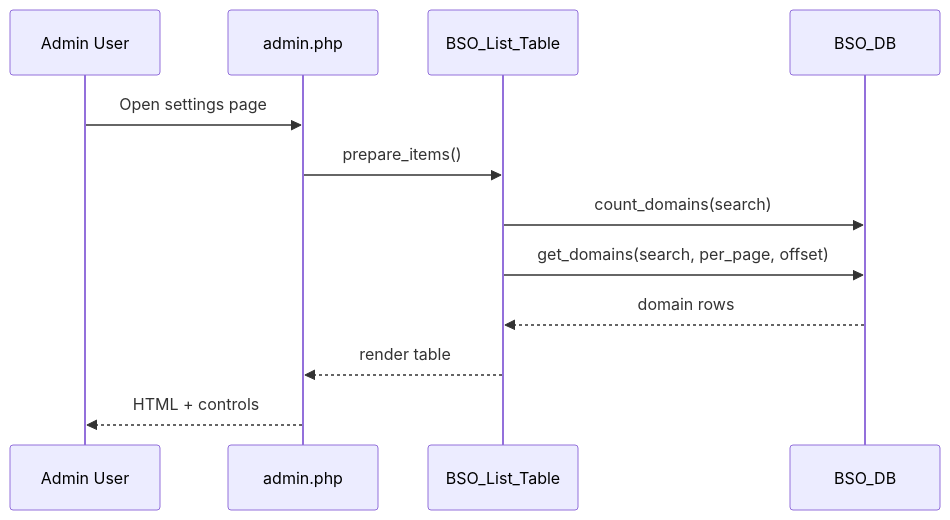
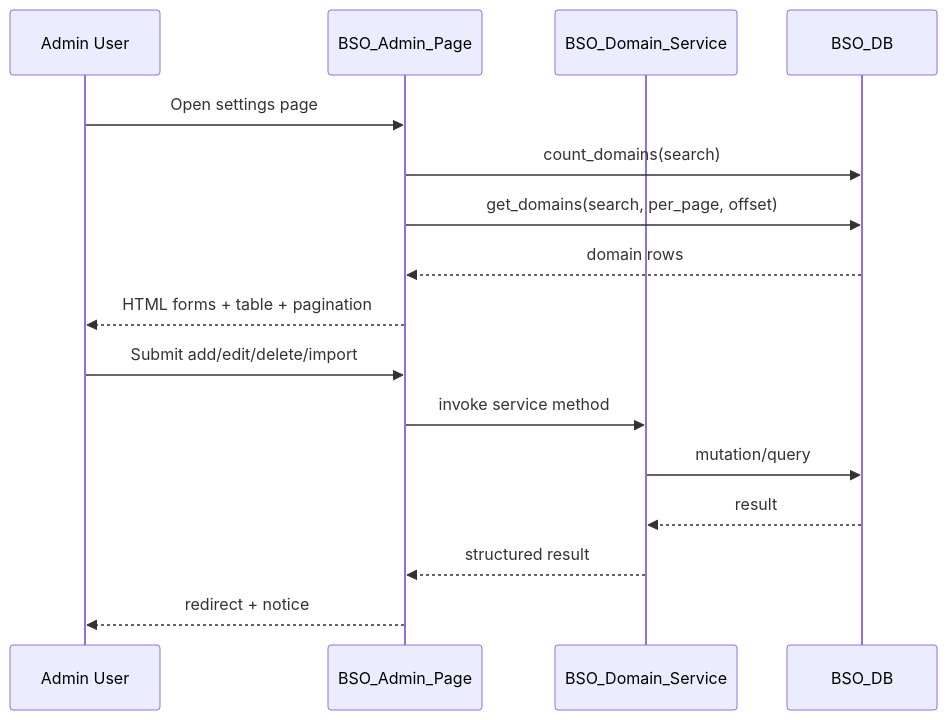
Before and after one commit to byteway/bso-wp-blocked-domains: the third of 5 diagrams in document/Technical_Design.md, drawn with Mermaid. The commit also changed other lines of this file and 2 other files, not shown here.

````diff
--- a/document/Technical_Design.md
+++ b/document/Technical_Design.md
@@ -186,15 +195,20 @@
 ```mermaid
 sequenceDiagram
-		participant U as Admin User
-		participant P as admin.php
-		participant T as BSO_List_Table
-		participant D as BSO_DB
+	participant U as Admin User
+	participant P as BSO_Admin_Page
+	participant S as BSO_Domain_Service
+	participant D as BSO_DB
 
-		U->>P: Open settings page
-		P->>T: prepare_items()
-		T->>D: count_domains(search)
-		T->>D: get_domains(search, per_page, offset)
-		D-->>T: domain rows
-		T-->>P: render table
-		P-->>U: HTML + controls
+	U->>P: Open settings page
+	P->>D: count_domains(search)
+	P->>D: get_domains(search, per_page, offset)
+	D-->>P: domain rows
+	P-->>U: HTML forms + table + pagination
+
+	U->>P: Submit add/edit/delete/import
+	P->>S: invoke service method
+	S->>D: mutation/query
+	D-->>S: result
+	S-->>P: structured result
+	P-->>U: redirect + notice
 ```
````
